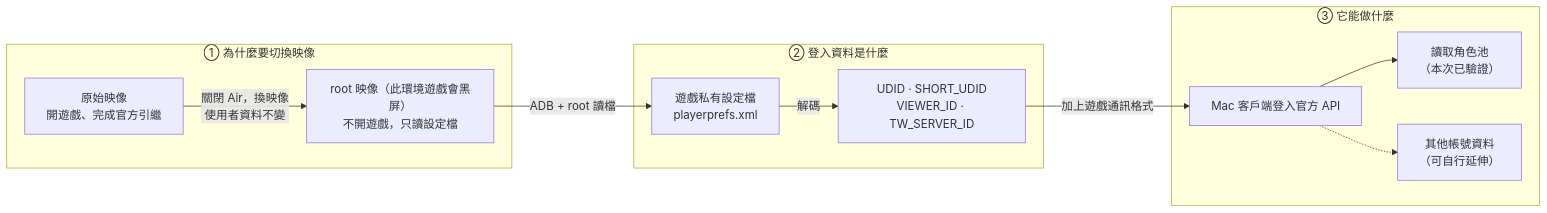
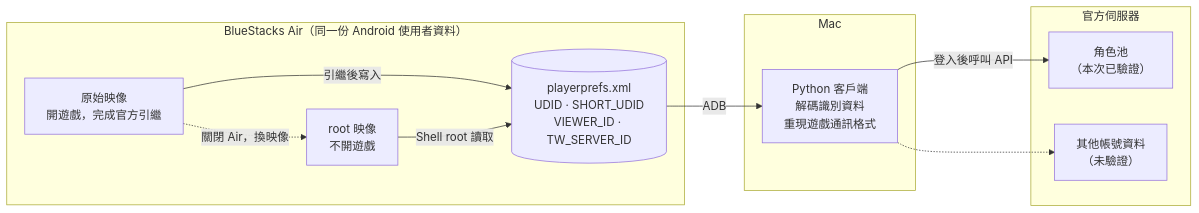
One commit to WilliamCHIU-ETH/pcr-tw-mac-login changed the diagram in README.md. Above: the diagram before and after it, drawn with Mermaid. The commit also changed other lines of this file, not shown here.

Commit message:
docs: draw mechanism diagram by where each step runs
Labeling subgraphs with the three reader questions turned the diagram
into a Q&A list. Grouping by Air, Mac and server keeps it a mechanism
diagram whose structure happens to answer those questions.

````diff
--- a/README.md
+++ b/README.md
@@ -28,22 +28,21 @@
 ```mermaid
 flowchart LR
-    subgraph S1["① 為什麼要切換映像"]
-        A["原始映像<br/>開遊戲、完成官方引繼"]
-        B["root 映像（此環境遊戲會黑屏）<br/>不開遊戲，只讀設定檔"]
-        A -->|"關閉 Air，換映像<br/>使用者資料不變"| B
+    subgraph AIR["BlueStacks Air（同一份 Android 使用者資料）"]
+        A["原始映像<br/>開遊戲，完成官方引繼"]
+        B["root 映像<br/>不開遊戲"]
+        P[("playerprefs.xml<br/>UDID · SHORT_UDID<br/>VIEWER_ID · TW_SERVER_ID")]
+        A -->|"引繼後寫入"| P
+        A -.->|"關閉 Air，換映像"| B
+        B -->|"Shell root 讀取"| P
     end
-    subgraph S2["② 登入資料是什麼"]
-        C["遊戲私有設定檔<br/>playerprefs.xml"]
-        D["UDID · SHORT_UDID<br/>VIEWER_ID · TW_SERVER_ID"]
-        C -->|"解碼"| D
+    subgraph MAC["Mac"]
+        C["Python 客戶端<br/>解碼識別資料<br/>重現遊戲通訊格式"]
     end
-    subgraph S3["③ 它能做什麼"]
-        E["Mac 客戶端登入官方 API"]
-        F["讀取角色池<br/>（本次已驗證）"]
-        G["其他帳號資料<br/>（可自行延伸）"]
-        E --> F
-        E -.-> G
+    subgraph SRV["官方伺服器"]
+        F["角色池<br/>（本次已驗證）"]
+        G["其他帳號資料<br/>（未驗證）"]
     end
-    B -->|"ADB + root 讀檔"| C
-    D -->|"加上遊戲通訊格式"| E
+    P -->|"ADB"| C
+    C -->|"登入後呼叫 API"| F
+    C -.-> G
 ```
````
